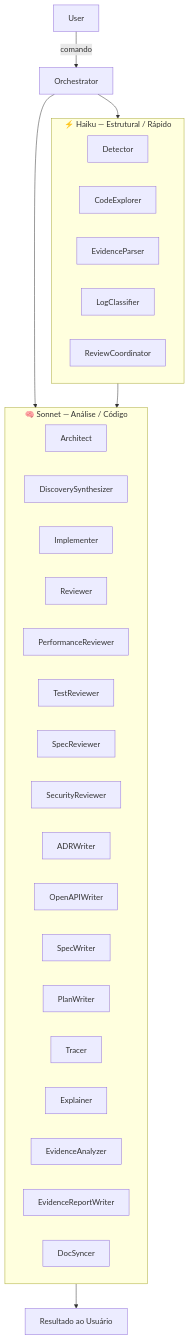
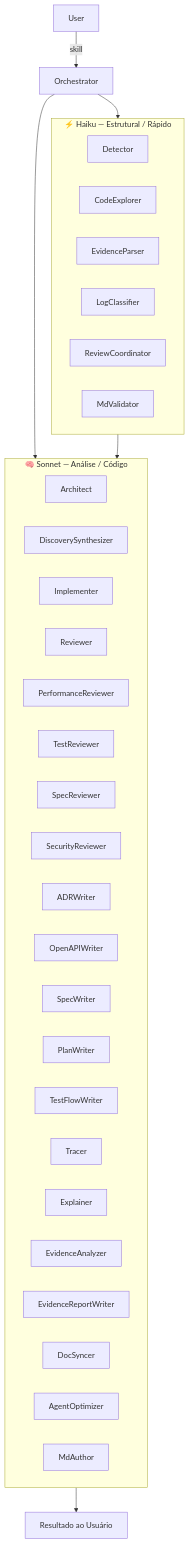
One commit to Leock9/engineer-workflow-claude changed the first of 2 diagrams in README.md. Above: the diagram before and after it, drawn with Mermaid. The commit also changed other lines of this file, not shown here.

````diff
--- a/README.md
+++ b/README.md
@@ -24,36 +24,40 @@
 ```mermaid
 graph TD
     subgraph Haiku["⚡ Haiku — Estrutural / Rápido"]
         D[Detector]
         CE[CodeExplorer]
         EP[EvidenceParser]
         LC[LogClassifier]
         RC[ReviewCoordinator]
+        MV[MdValidator]
     end
 
     subgraph Sonnet["🧠 Sonnet — Análise / Código"]
         A[Architect]
         DS[DiscoverySynthesizer]
         I[Implementer]
         RV[Reviewer]
         PR[PerformanceReviewer]
         TR[TestReviewer]
         SR[SpecReviewer]
         SecR[SecurityReviewer]
         AW[ADRWriter]
         OW[OpenAPIWriter]
         SW[SpecWriter]
         PW[PlanWriter]
+        TFW[TestFlowWriter]
         T[Tracer]
         E[Explainer]
         EA[EvidenceAnalyzer]
         ERW[EvidenceReportWriter]
         DocS[DocSyncer]
+        AO[AgentOptimizer]
+        MA[MdAuthor]
     end
 
-    User -->|comando| Orchestrator
+    User -->|skill| Orchestrator
     Orchestrator --> Haiku
     Orchestrator --> Sonnet
     Haiku --> Sonnet
     Sonnet --> Output[Resultado ao Usuário]
 ```
````
